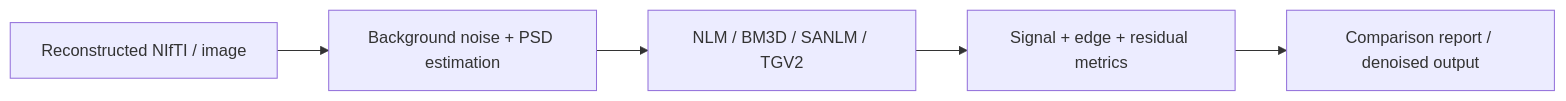
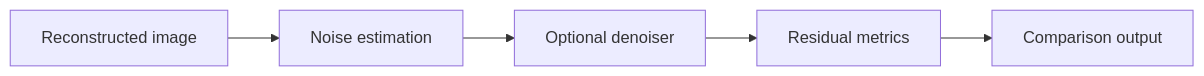
Before and after one commit to BennyZhang-Codes/tse-pulseq-matlab: the diagram in docs/guide/denoising.md, drawn with Mermaid. The commit also changed other lines of this file, not shown here.

Commit message:
docs: clarify denoising as user-selected optional processing

````diff
--- a/docs/guide/denoising.md
+++ b/docs/guide/denoising.md
@@ -24,7 +28,7 @@
 ```mermaid
 flowchart LR
-    A["Reconstructed NIfTI / image"] --> B["Background noise + PSD estimation"]
-    B --> C["NLM / BM3D / SANLM / TGV2"]
-    C --> D["Signal + edge + residual metrics"]
-    D --> E["Comparison report / denoised output"]
+    A[Reconstructed image] --> B[Noise estimation]
+    B --> C[Optional denoiser]
+    C --> D[Residual metrics]
+    D --> E[Comparison output]
 ```
````
